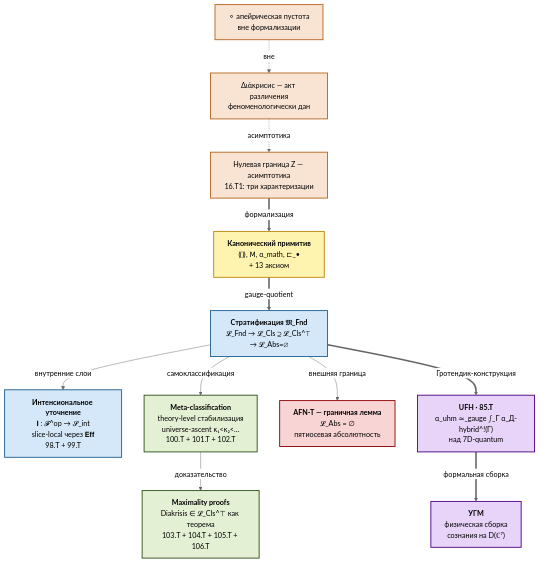
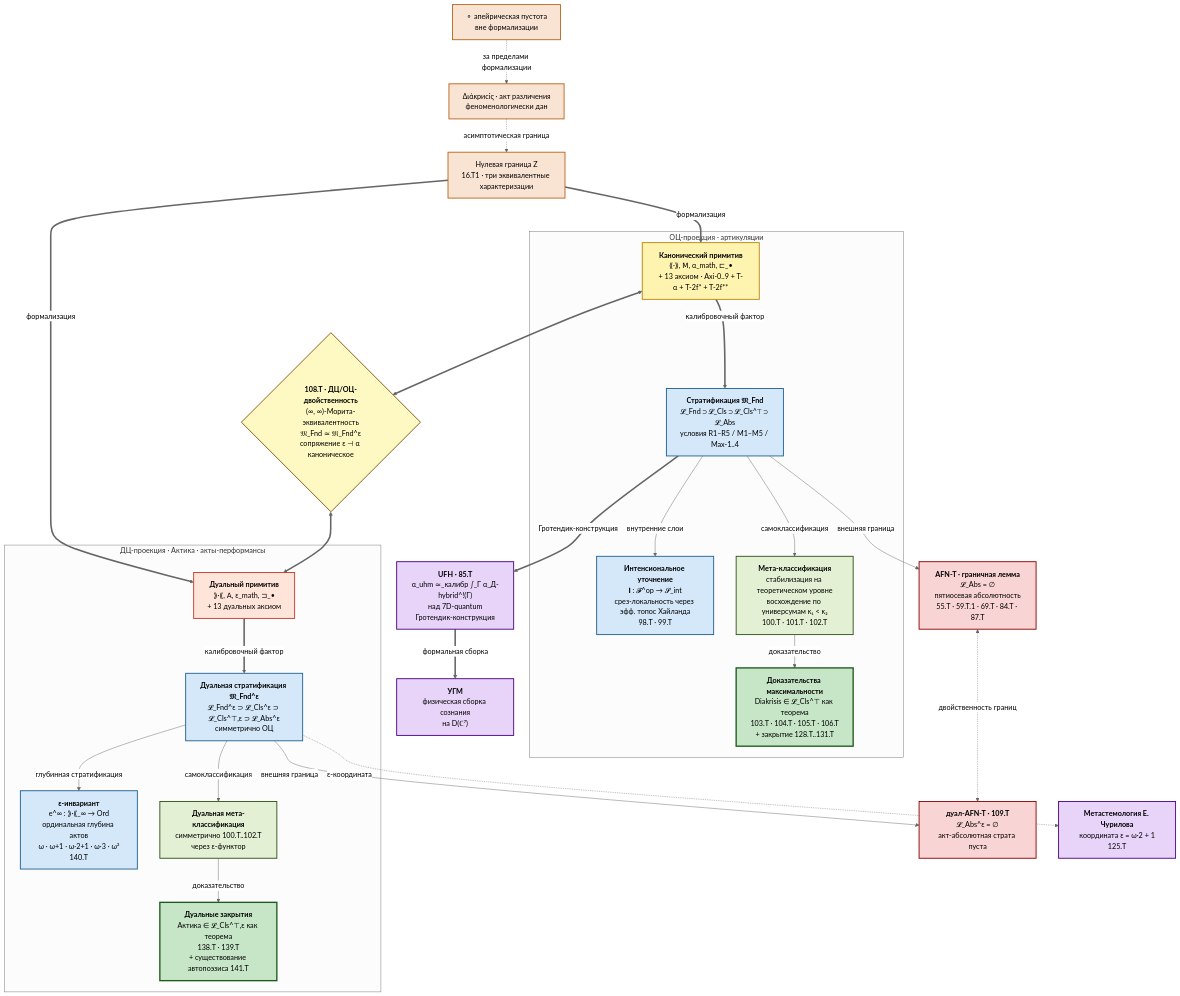
One commit to gst-st/diakrisis changed the first of 7 diagrams in docs/intro.md. Above: the diagram before and after it, drawn with Mermaid (neutral theme). The commit also changed other lines of this file, not shown here.

First line of the commit message:
diakrisis: глубокая переработка диаграмм и пояснений в intro.md

````diff
--- a/docs/intro.md
+++ b/docs/intro.md
@@ -17,34 +19,66 @@
 ```mermaid
 flowchart TB
     classDef phen fill:#f9e4d4,stroke:#b5651d,stroke-width:2px,color:#000
-    classDef prim fill:#fff3b0,stroke:#b8860b,stroke-width:2px,color:#000
+    classDef oc fill:#fff3b0,stroke:#b8860b,stroke-width:2px,color:#000
+    classDef ac fill:#ffe5d9,stroke:#c0392b,stroke-width:2px,color:#000
     classDef struct fill:#d4e8f9,stroke:#1e6091,stroke-width:2px,color:#000
     classDef meta fill:#e4f0d4,stroke:#2d5016,stroke-width:2px,color:#000
+    classDef max fill:#c7e5c7,stroke:#1e5c1e,stroke-width:3px,color:#000
     classDef bound fill:#f9d4d4,stroke:#8b0000,stroke-width:2px,color:#000
     classDef asm fill:#e8d4f9,stroke:#4b0082,stroke-width:2px,color:#000
+    classDef bridge fill:#fef9c3,stroke:#854d0e,stroke-width:2px,color:#000
 
     APEIRON["⚬ апейрическая пустота<br/>вне формализации"]:::phen
-    DIAKRISIS["Διάκρисис — акт различения<br/>феноменологически дан"]:::phen
-    Z["Нулевая граница Z — асимптотика<br/>16.T1: три характеризации"]:::phen
+    DIAKRISIS["Διάκрисіς · акт различения<br/>феноменологически дан"]:::phen
+    Z["Нулевая граница Z<br/>16.T1 · три эквивалентные характеризации"]:::phen
 
-    PRIM["<b>Канонический примитив</b><br/>⟪⟫, 𝖬, α_math, ⊏_•<br/>+ 13 аксиом"]:::prim
-    STRAT["<b>Стратификация 𝔐_Fnd</b><br/>𝓛_Fnd → 𝓛_Cls ⊇ 𝓛_Cls^⊤ → 𝓛_Abs=∅"]:::struct
-    INT["<b>Интенсиональное уточнение</b><br/>𝐈 : 𝓕^op → 𝓢_int<br/>slice-local через 𝐄𝐟𝐟<br/>98.T + 99.T"]:::struct
-    META["<b>Meta-classification</b><br/>theory-level стабилизация<br/>universe-ascent κ₁&lt;κ₂&lt;…<br/>100.T + 101.T + 102.T"]:::meta
-    MAX["<b>Maximality proofs</b><br/>Diakrisis ∈ 𝓛_Cls^⊤ как теорема<br/>103.T + 104.T + 105.T + 106.T"]:::meta
+    subgraph OC ["ОЦ-проекция · артикуляции"]
+        PRIM_OC["<b>Канонический примитив</b><br/>⟪·⟫, 𝖬, α_math, ⊏_•<br/>+ 13 аксиом · Axi-0..9 + T-α + T-2f* + T-2f**"]:::oc
+        STRAT_OC["<b>Стратификация 𝔐_Fnd</b><br/>𝓛_Fnd ⊃ 𝓛_Cls ⊃ 𝓛_Cls^⊤ ⊃ 𝓛_Abs<br/>условия R1–R5 / M1–M5 / Max-1..4"]:::struct
+        INT_OC["<b>Интенсиональное уточнение</b><br/>𝐈 : 𝓕^op → 𝓢_int<br/>срез-локальность через эфф. топос Хайланда<br/>98.T · 99.T"]:::struct
+        META_OC["<b>Мета-классификация</b><br/>стабилизация на теоретическом уровне<br/>восхождение по универсумам κ₁ &lt; κ₂<br/>100.T · 101.T · 102.T"]:::meta
+        MAX_OC["<b>Доказательства максимальности</b><br/>Diakrisis ∈ 𝓛_Cls^⊤ как теорема<br/>103.T · 104.T · 105.T · 106.T<br/>+ закрытие 128.T..131.T"]:::max
+    end
 
-    BOUND["<b>AFN-T — граничная лемма</b><br/>𝓛_Abs = ∅<br/>пятиосевая абсолютность"]:::bound
-    UFH["<b>UFH · 85.T</b><br/>α_uhm ≃_gauge ∫_Γ α_Д-hybrid^!(Γ)<br/>над 7D-quantum"]:::asm
-    UHM["<b>УГМ</b><br/>физическая сборка<br/>сознания на D(ℂ⁷)"]:::asm
+    subgraph AC ["ДЦ-проекция · Актика · акты-перформансы"]
+        PRIM_AC["<b>Дуальный примитив</b><br/>⟫·⟪, 𝖠, ε_math, ⊐_•<br/>+ 13 дуальных аксиом"]:::ac
+        STRAT_AC["<b>Дуальная стратификация 𝔐_Fnd^ε</b><br/>𝓛_Fnd^ε ⊃ 𝓛_Cls^ε ⊃ 𝓛_Cls^⊤,ε ⊃ 𝓛_Abs^ε<br/>симметрично ОЦ"]:::struct
+        EPS["<b>ε-инвариант</b><br/>e^∞ : ⟫·⟪_∞ → Ord<br/>ординальная глубина актов<br/>ω · ω+1 · ω·2+1 · ω·3 · ω²<br/>140.T"]:::struct
+        META_AC["<b>Дуальная мета-классификация</b><br/>симметрично 100.T..102.T<br/>через ε-функтор"]:::meta
+        MAX_AC["<b>Дуальные закрытия</b><br/>Актика ∈ 𝓛_Cls^⊤,ε как теорема<br/>138.T · 139.T<br/>+ существование автопоэзиса 141.T"]:::max
+    end
 
-    APEIRON -.->|вне| DIAKRISIS
-    DIAKRISIS -.->|асимптотика| Z
-    Z ==>|формализация| PRIM
-    PRIM ==>|gauge-quotient| STRAT
-    STRAT -->|внутренние слои| INT
-    STRAT -->|самоклассификация| META
-    META -->|доказательство| MAX
-    STRAT -->|внешняя граница| BOUND
-    STRAT ==>|Гротендик-конструкция| UFH
+    DUALITY{"<b>108.T · ДЦ/ОЦ-двойственность</b><br/>(∞, ∞)-Морита-эквивалентность<br/>𝔐_Fnd ≃ 𝔐_Fnd^ε<br/>сопряжение ε ⊣ α каноническое"}:::bridge
+
+    BOUND_OC["<b>AFN-T · граничная лемма</b><br/>𝓛_Abs = ∅<br/>пятиосевая абсолютность<br/>55.T · 59.T.1 · 69.T · 84.T · 87.T"]:::bound
+    BOUND_AC["<b>дуал-AFN-T · 109.T</b><br/>𝓛_Abs^ε = ∅<br/>акт-абсолютная страта пуста"]:::bound
+
+    UFH["<b>UFH · 85.T</b><br/>α_uhm ≃_калибр ∫_Γ α_Д-hybrid^!(Γ)<br/>над 7D-quantum<br/>Гротендик-конструкция"]:::asm
+    UHM["<b>УГМ</b><br/>физическая сборка сознания<br/>на D(ℂ⁷)"]:::asm
+    METASTEM["<b>Метастемология Е. Чурилова</b><br/>координата ε = ω·2 + 1<br/>125.T"]:::asm
+
+    APEIRON -.->|за пределами формализации| DIAKRISIS
+    DIAKRISIS -.->|асимптотическая граница| Z
+    Z ==>|формализация| PRIM_OC
+    Z ==>|формализация| PRIM_AC
+
+    PRIM_OC ==>|калибровочный фактор| STRAT_OC
+    STRAT_OC -->|внутренние слои| INT_OC
+    STRAT_OC -->|самоклассификация| META_OC
+    META_OC -->|доказательство| MAX_OC
+    STRAT_OC -->|внешняя граница| BOUND_OC
+
+    PRIM_AC ==>|калибровочный фактор| STRAT_AC
+    STRAT_AC -->|глубинная стратификация| EPS
+    STRAT_AC -->|самоклассификация| META_AC
+    META_AC -->|доказательство| MAX_AC
+    STRAT_AC -->|внешняя граница| BOUND_AC
+
+    PRIM_OC <==> DUALITY
+    DUALITY <==> PRIM_AC
+    BOUND_OC <-.->|двойственность границ| BOUND_AC
+
+    STRAT_OC ==>|Гротендик-конструкция| UFH
     UFH ==>|формальная сборка| UHM
+    STRAT_AC -.->|ε-координата| METASTEM
 ```
````
